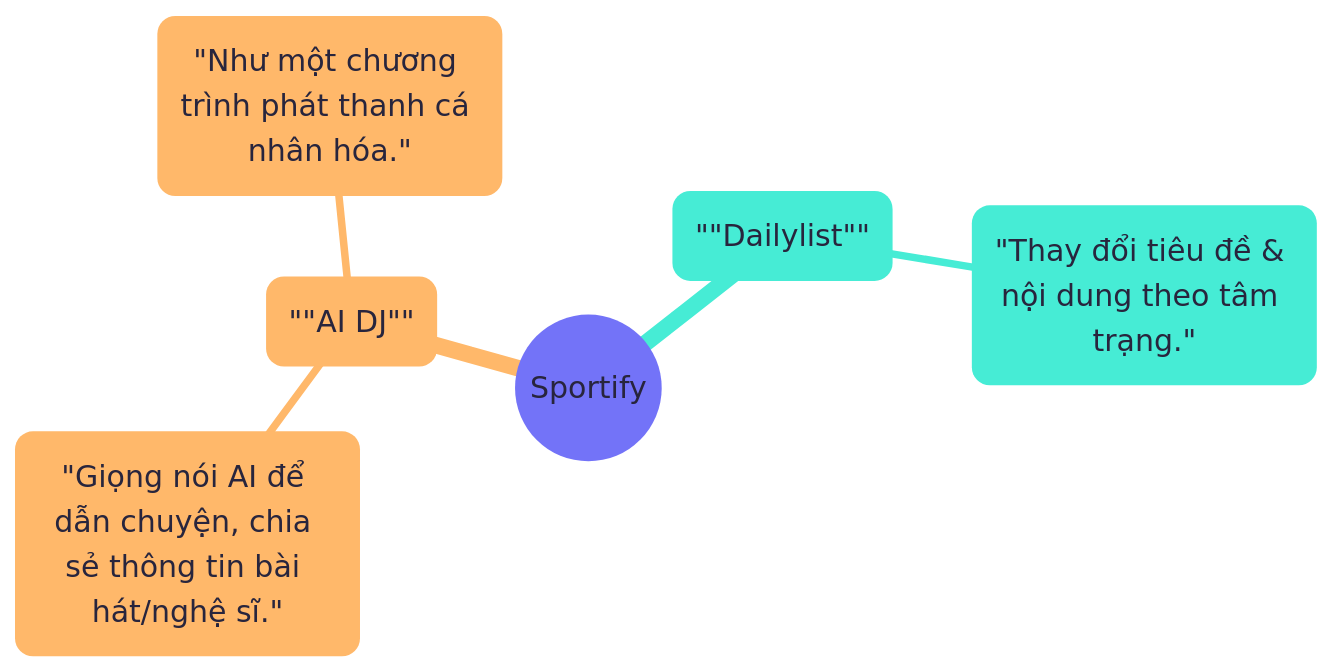
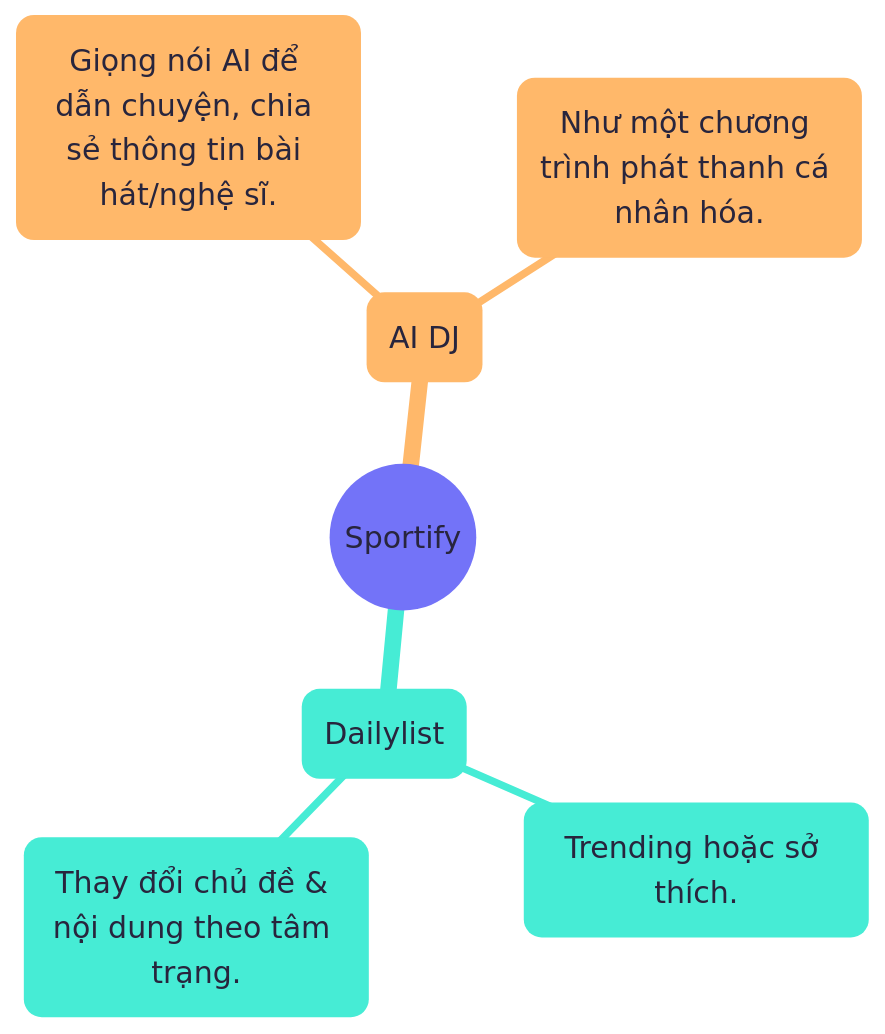
Before and after one commit to sam-uit/typst-report-template: the diagram in content/diagrams/chapter02-sportify.mmd, drawn with Mermaid.

```diff
--- a/content/diagrams/chapter02-sportify.mmd
+++ b/content/diagrams/chapter02-sportify.mmd
@@ -1,14 +1,15 @@
 ---
 config:
   theme: redux-color
   themeVariables:
     fontFamily: Google Sans
     fontSize: 20px
 ---
 mindmap
   root(("Sportify"))
-    "#quot;Dailylist#quot;"
-        "Thay đổi tiêu đề & nội dung theo tâm trạng."
-    "#quot;AI DJ#quot;"
-        "Giọng nói AI để dẫn chuyện, chia sẻ thông tin bài hát/nghệ sĩ."
-        "Như một chương trình phát thanh cá nhân hóa."
+    ("Dailylist")
+      Trending hoặc sở thích.
+      Thay đổi chủ đề & nội dung theo tâm trạng.
+    ("AI DJ")
+      Giọng nói AI để dẫn chuyện, chia sẻ thông tin bài hát/nghệ sĩ.
+      Như một chương trình phát thanh cá nhân hóa.
```
